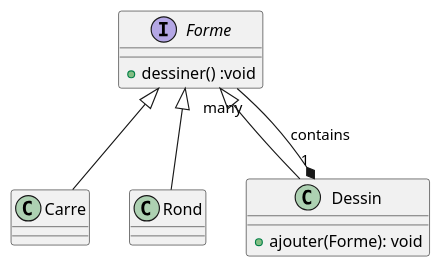
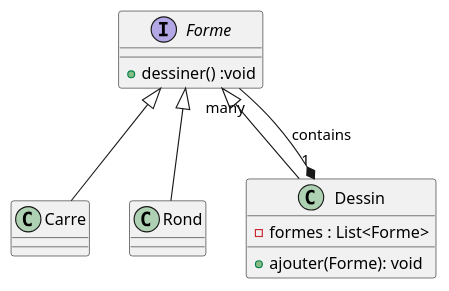
One commit to jandry/design-pattern changed the diagram in src/uml/composition.puml. Above: the diagram before and after it, drawn with PlantUML.

Commit message:
Add list

```diff
--- a/src/uml/composition.puml
+++ b/src/uml/composition.puml
@@ -1,16 +1,17 @@
 @startuml Composite
 interface Forme {
      + dessiner() :void   
 }
 class Carre
 class Rond
 class Dessin {
+    - formes : List<Forme>
     + ajouter(Forme): void
 }
 
 Dessin "1" *-- "many" Forme : contains
 
 Forme <|-- Carre
 Forme <|-- Dessin
 Forme <|-- Rond
 @enduml
```
